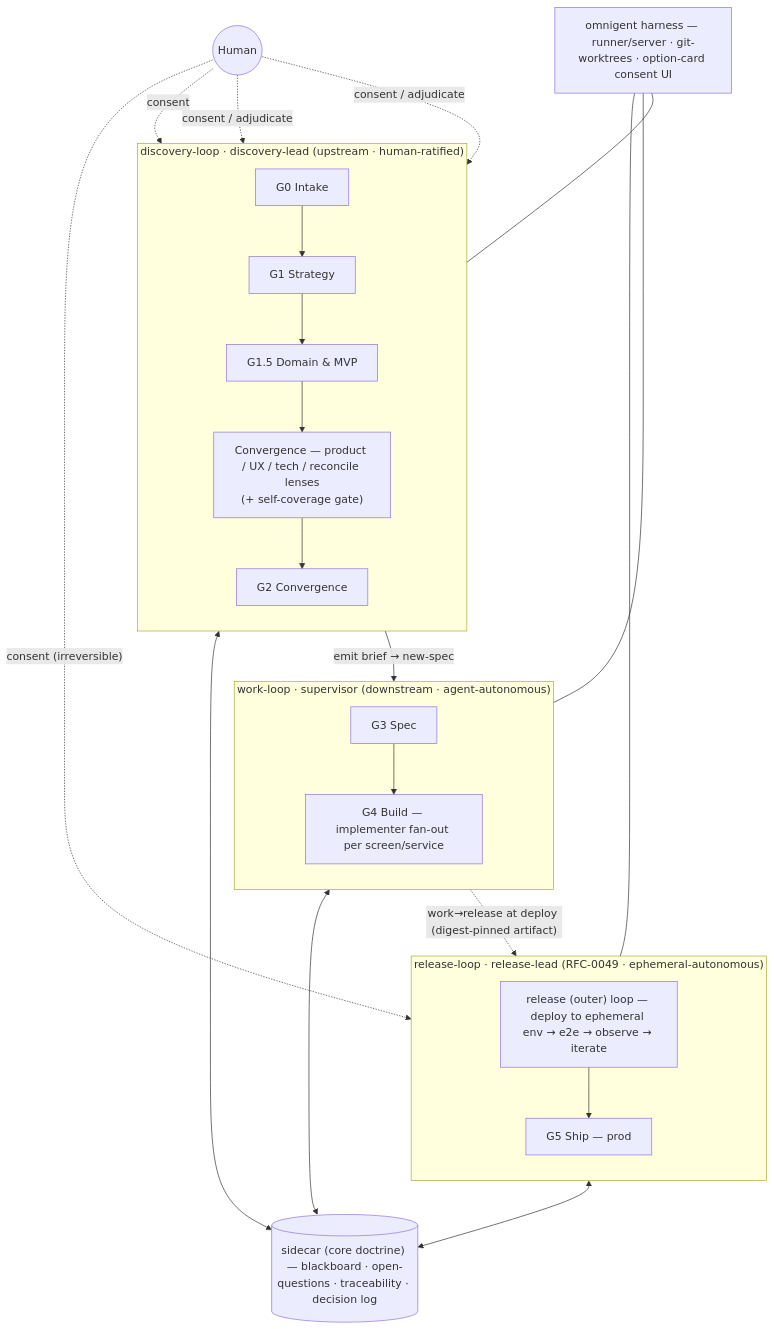
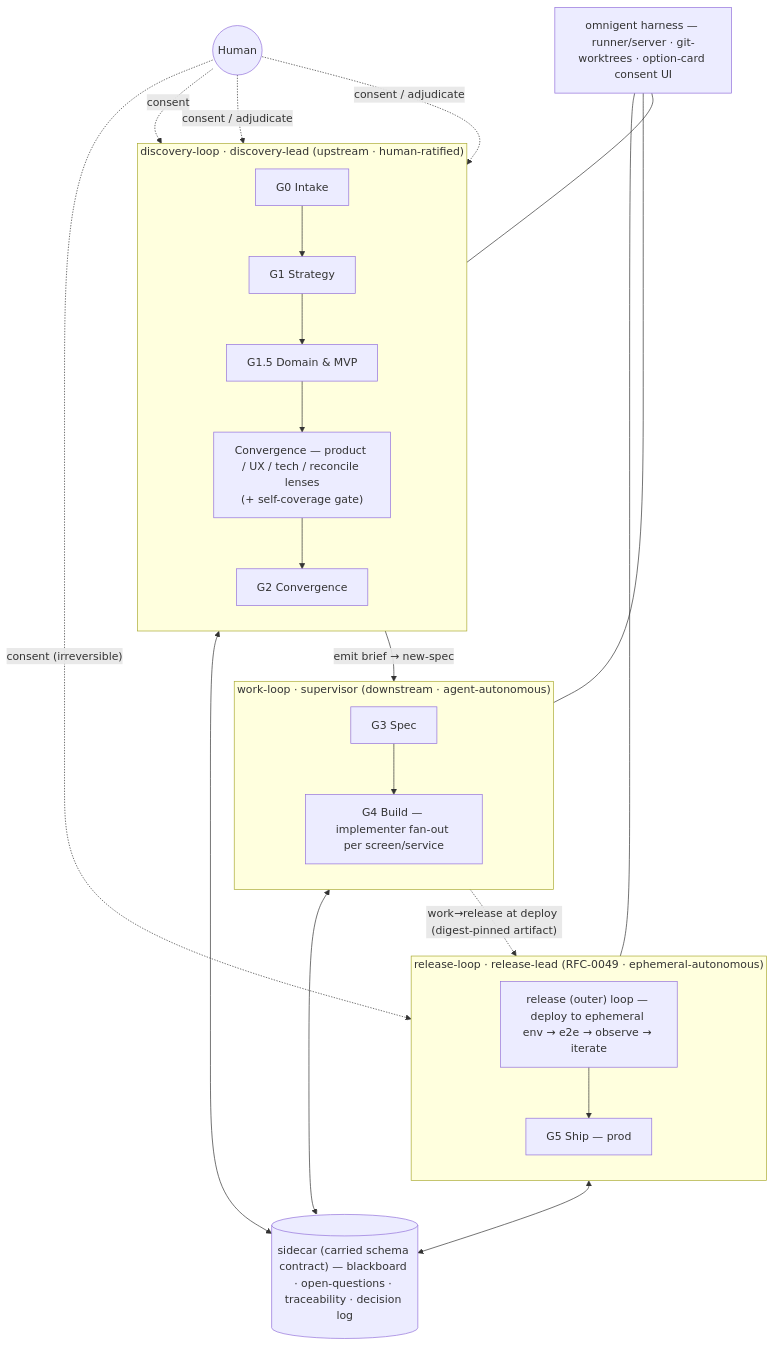
Before and after one commit to eugenelim/agent-ready-repo: the diagram in docs/rfc/0048-autonomous-product-team-operating-model.md, drawn with Mermaid. The commit also changed other lines of this file and 23 other files, not shown here.

````diff
--- a/docs/rfc/0048-autonomous-product-team-operating-model.md
+++ b/docs/rfc/0048-autonomous-product-team-operating-model.md
@@ -343,37 +352,37 @@
 ```mermaid
 flowchart TB
   Human(("Human"))
   Harness["omnigent harness — runner/server · git-worktrees · option-card consent UI"]
-  Sidecar[("sidecar (core doctrine) — blackboard · open-questions · traceability · decision log")]
+  Sidecar[("sidecar (carried schema contract) — blackboard · open-questions · traceability · decision log")]
 
   subgraph discoveryloop["discovery-loop · discovery-lead (upstream · human-ratified)"]
     direction TB
     G0["G0 Intake"] --> G1["G1 Strategy"] --> G15["G1.5 Domain &amp; MVP"]
     G15 --> CONV["Convergence — product / UX / tech / reconcile lenses<br/>(+ self-coverage gate)"]
     CONV --> G2["G2 Convergence"]
   end
 
   subgraph workloop["work-loop · supervisor (downstream · agent-autonomous)"]
     direction TB
     G3["G3 Spec"] --> G4["G4 Build — implementer fan-out per screen/service"]
   end
 
   subgraph releaseloop["release-loop · release-lead (RFC-0049 · ephemeral-autonomous)"]
     direction TB
     REL["release (outer) loop — deploy to ephemeral env → e2e → observe → iterate"] --> G5["G5 Ship — prod"]
   end
 
   G2 -->|"emit brief → new-spec"| G3
   G4 -.->|"work→release at deploy (digest-pinned artifact)"| REL
   CONV <--> Sidecar
   G4 <--> Sidecar
   REL <--> Sidecar
   Harness --- discoveryloop
   Harness --- workloop
   Harness --- releaseloop
 
   Human -. "consent" .-> G0
   Human -. "consent / adjudicate" .-> G15
   Human -. "consent / adjudicate" .-> G2
   Human -. "consent (irreversible)" .-> G5
 ```
````
